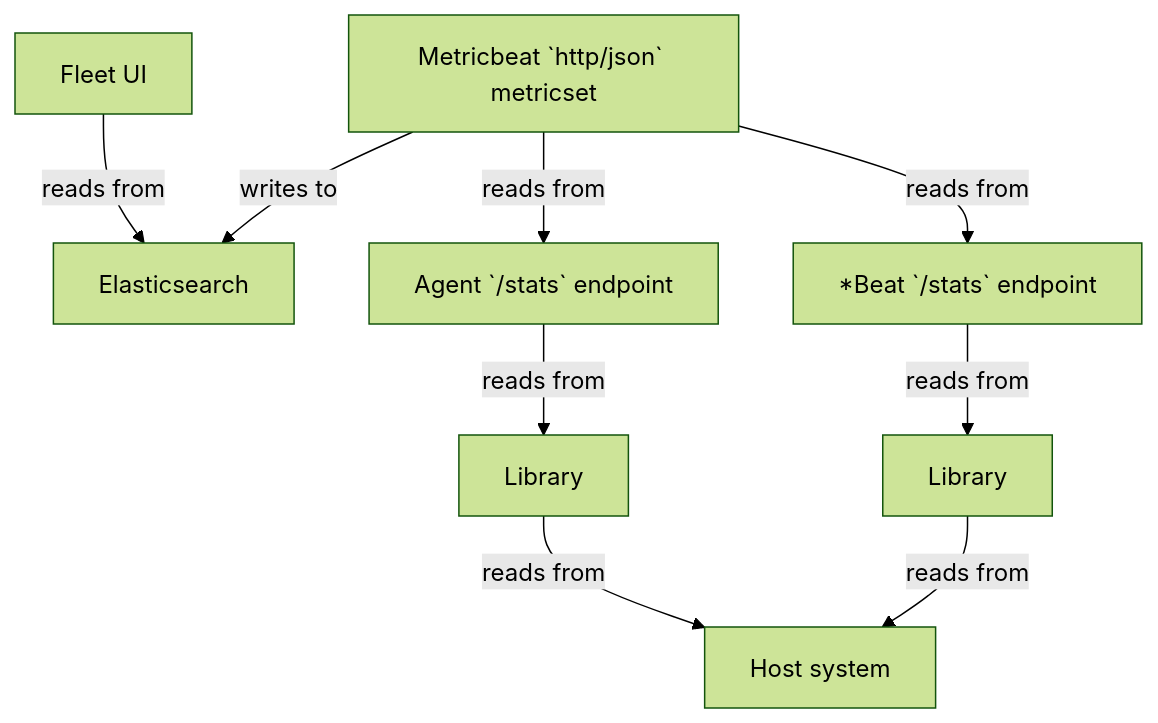
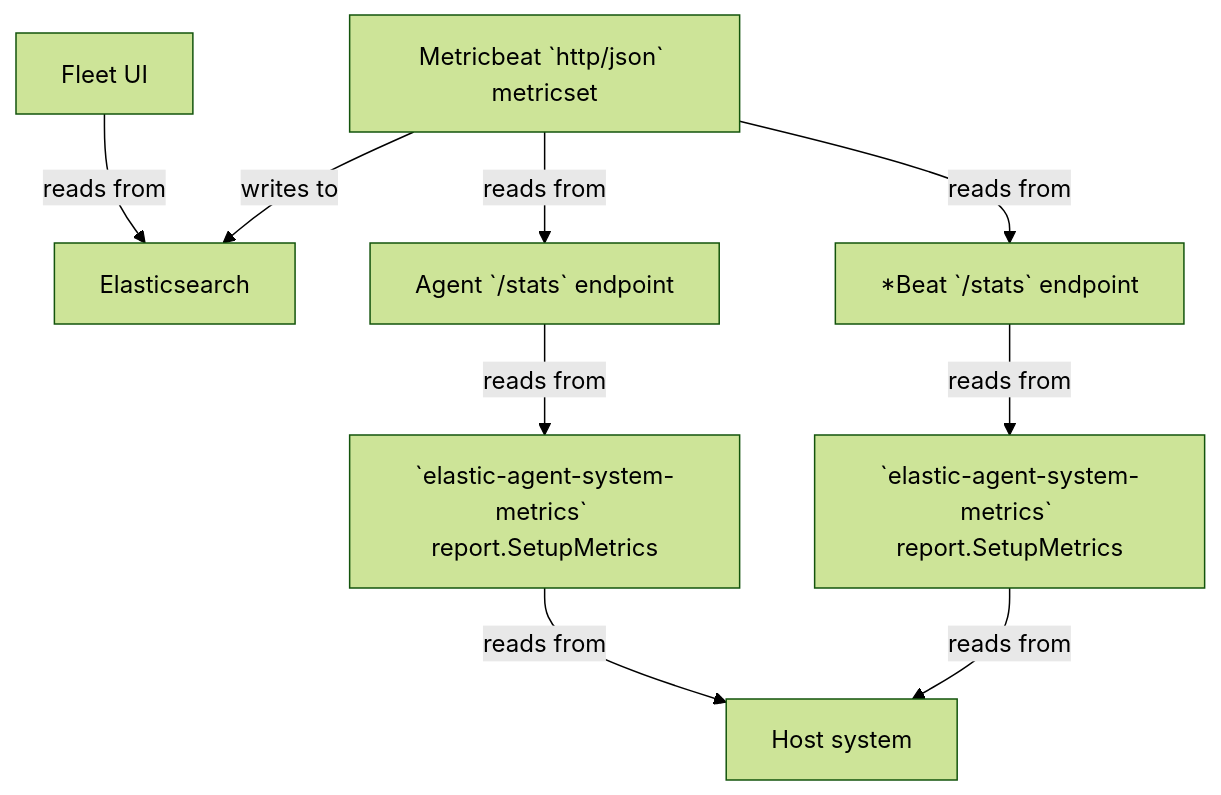
The diagram in docs/cpu-metrics-in-fleet.md.md (elastic/elastic-agent), drawn with Mermaid (forest theme) before and after one commit. The commit also changed other lines of this file, not shown here.

````diff
--- a/docs/cpu-metrics-in-fleet.md.md
+++ b/docs/cpu-metrics-in-fleet.md.md
@@ -5,11 +5,11 @@
 ```mermaid
 flowchart TD
     K[Fleet UI] -- reads from --> E[Elasticsearch]
     M[Metricbeat `http/json` metricset] -- writes to --> E
     M -- reads from --> A[Agent `/stats` endpoint]
     M -- reads from --> B[*Beat `/stats` endpoint]
-    A -- reads from --> L1[Library]
+    A -- reads from --> L1[`elastic-agent-system-metrics` report.SetupMetrics]
     L1 -- reads from --> H[Host system]
-    B -- reads from --> L2[Library]
+    B -- reads from --> L2[`elastic-agent-system-metrics` report.SetupMetrics]
     L2 -- reads from --> H[Host system]
 ```
````
